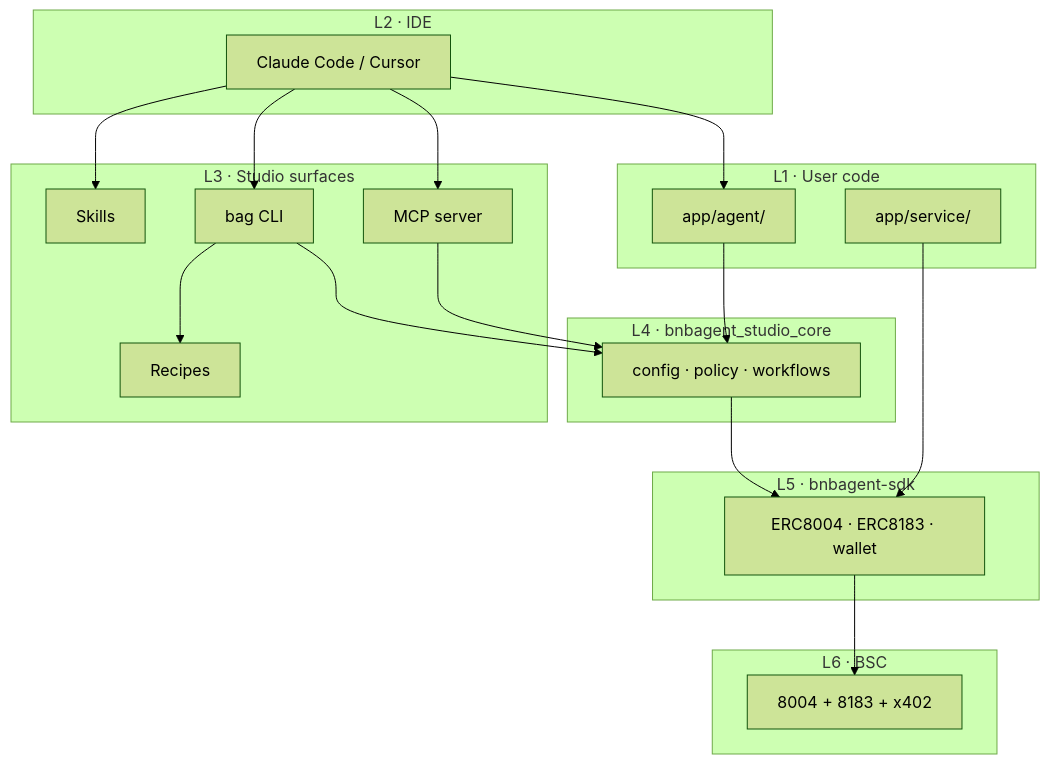
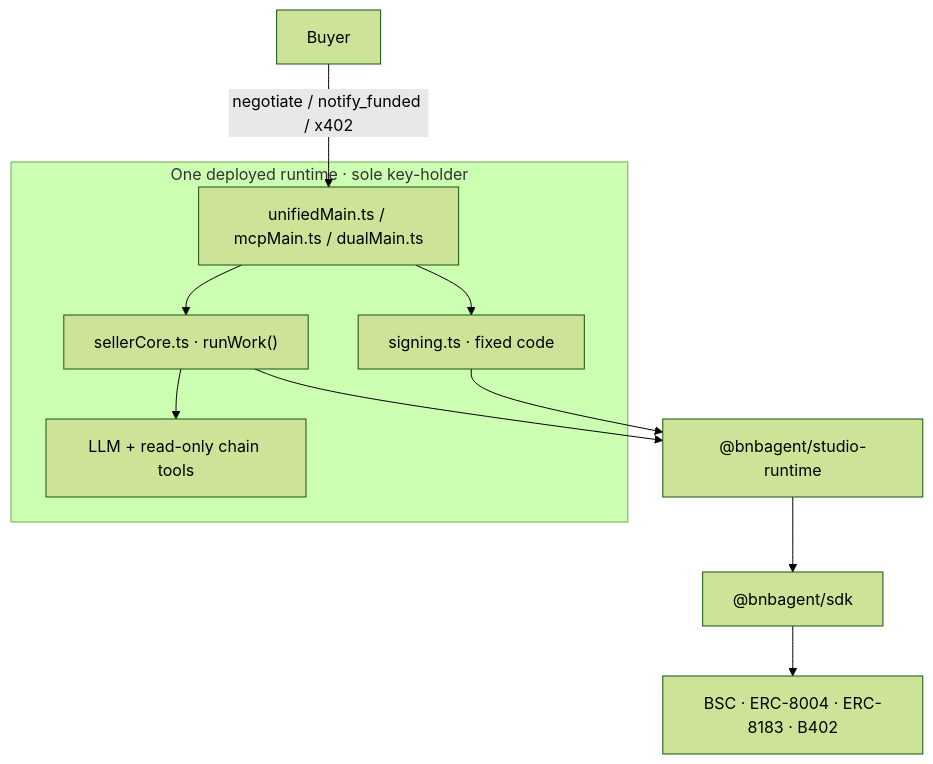
Before and after one commit to bnb-chain/bnb-chain.github.io: the diagram in docs/developer-kit/bnbchain-studio/architecture.md, drawn with Mermaid (forest theme). The commit also changed other lines of this file, not shown here.

First line of the commit message:
docs(studio): rewrite architecture for the shipped Node runtime

````diff
--- a/docs/developer-kit/bnbchain-studio/architecture.md
+++ b/docs/developer-kit/bnbchain-studio/architecture.md
@@ -20,42 +24,22 @@
 ```mermaid
 graph TB
-    subgraph L1["L1 · User code"]
-        Agent["app/agent/"]
-        Service["app/service/"]
+    Buyer["Buyer"]
+    subgraph RT["One deployed runtime · sole key-holder"]
+        Face["unifiedMain.ts / mcpMain.ts / dualMain.ts"]
+        Seller["sellerCore.ts · runWork()"]
+        Sign["signing.ts · fixed code"]
+        LLM["LLM + read-only chain tools"]
     end
+    SDKL["@bnbagent/studio-runtime"]
+    SDK["@bnbagent/sdk"]
+    Chain["BSC · ERC-8004 · ERC-8183 · B402"]
 
-    subgraph L2["L2 · IDE"]
-        IDE["Claude Code / Cursor"]
-    end
-
-    subgraph L3["L3 · Studio surfaces"]
-        CLI["bag CLI"]
-        MCP["MCP server"]
-        Skills["Skills"]
-        Recipes["Recipes"]
-    end
-
-    subgraph L4["L4 · bnbagent_studio_core"]
-        Core["config · policy · workflows"]
-    end
-
-    subgraph L5["L5 · bnbagent-sdk"]
-        SDK["ERC8004 · ERC8183 · wallet"]
-    end
-
-    subgraph L6["L6 · BSC"]
-        Chain["8004 + 8183 + x402"]
-    end
-
-    IDE --> Skills
-    IDE --> CLI
-    IDE --> MCP
-    IDE --> Agent
-    CLI --> Recipes
-    CLI --> Core
-    MCP --> Core
-    Agent --> Core
-    Service --> SDK
-    Core --> SDK
+    Buyer -->|"negotiate / notify_funded / x402"| Face
+    Face --> Seller
+    Seller --> LLM
+    Face --> Sign
+    Sign --> SDKL
+    Seller --> SDKL
+    SDKL --> SDK
     SDK --> Chain
 ```
````
